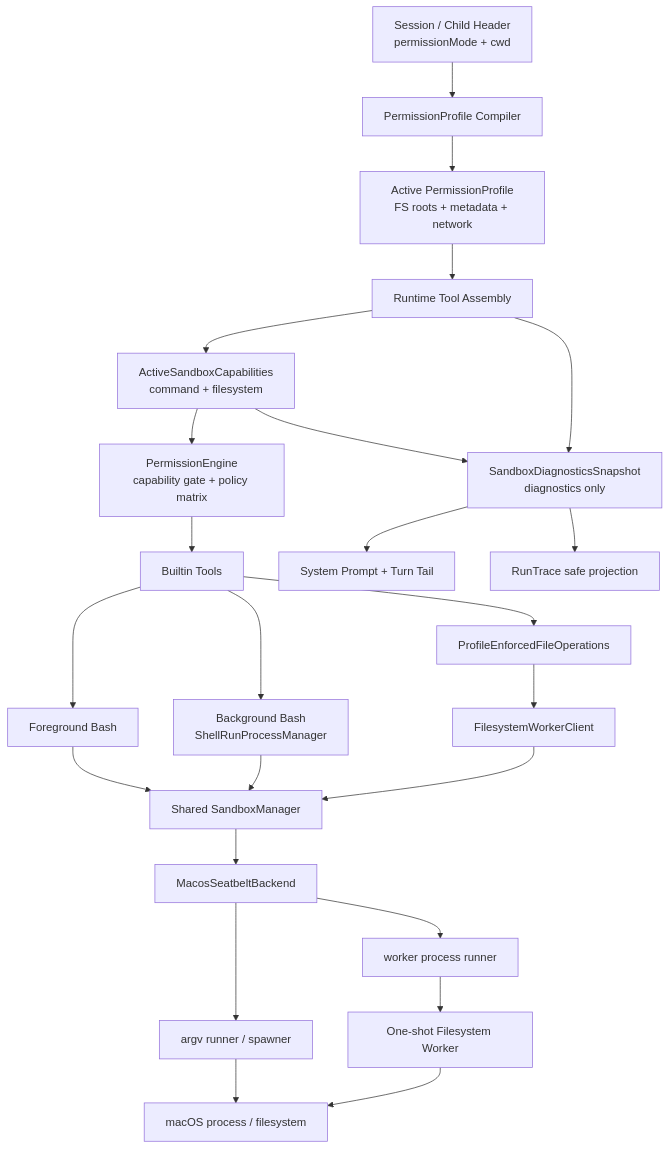
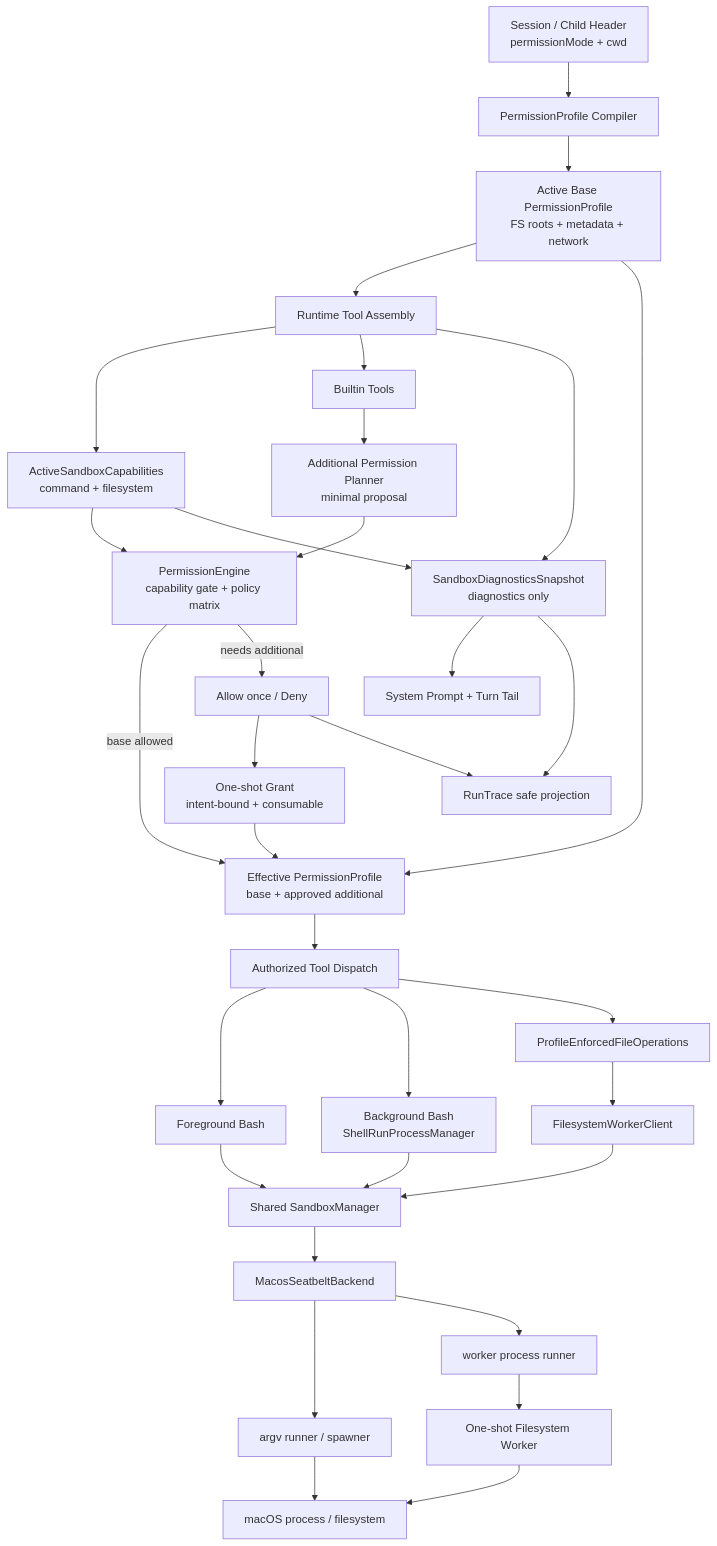
Before and after one commit to maka-agent/maka-agent: the diagram in docs/sandbox/agent-runtime-codex-sandbox-status.md, drawn with Mermaid. The commit also changed other lines of this file and 3 other files, not shown here.

````diff
--- a/docs/sandbox/agent-runtime-codex-sandbox-status.md
+++ b/docs/sandbox/agent-runtime-codex-sandbox-status.md
@@ -212,46 +249,58 @@
 ```mermaid
 graph TD
   Header[Session / Child Header<br/>permissionMode + cwd]
   Compiler[PermissionProfile Compiler]
-  Profile[Active PermissionProfile<br/>FS roots + metadata + network]
+  Profile[Active Base PermissionProfile<br/>FS roots + metadata + network]
   Assembly[Runtime Tool Assembly]
   Capability[ActiveSandboxCapabilities<br/>command + filesystem]
   Diagnostics[SandboxDiagnosticsSnapshot<br/>diagnostics only]
   Policy[PermissionEngine<br/>capability gate + policy matrix]
   Tools[Builtin Tools]
+  Planner[Additional Permission Planner<br/>minimal proposal]
+  Approval[Allow once / Deny]
+  Grant[One-shot Grant<br/>intent-bound + consumable]
+  Effective[Effective PermissionProfile<br/>base + approved additional]
+  Dispatch[Authorized Tool Dispatch]
   Model[System Prompt + Turn Tail]
   Trace[RunTrace safe projection]
 
   Foreground[Foreground Bash]
   Background[Background Bash<br/>ShellRunProcessManager]
   FilePrecheck[ProfileEnforcedFileOperations]
   WorkerClient[FilesystemWorkerClient]
   Worker[One-shot Filesystem Worker]
 
   Manager[Shared SandboxManager]
   Seatbelt[MacosSeatbeltBackend]
   CommandRunner[argv runner / spawner]
   WorkerRunner[worker process runner]
   Host[macOS process / filesystem]
 
   Header --> Compiler --> Profile
   Profile --> Assembly
-  Assembly --> Capability --> Policy --> Tools
+  Assembly --> Capability --> Policy
+  Assembly --> Tools --> Planner --> Policy
+  Policy -->|base allowed| Effective
+  Policy -->|needs additional| Approval --> Grant
+  Profile --> Effective
+  Grant --> Effective
+  Effective --> Dispatch
   Assembly --> Diagnostics
   Capability --> Diagnostics
   Diagnostics --> Model
   Diagnostics --> Trace
+  Approval --> Trace
 
-  Tools --> Foreground
-  Tools --> Background
-  Tools --> FilePrecheck
+  Dispatch --> Foreground
+  Dispatch --> Background
+  Dispatch --> FilePrecheck
 
   Foreground --> Manager
   Background --> Manager
   FilePrecheck --> WorkerClient
   WorkerClient --> Manager
 
   Manager --> Seatbelt
   Seatbelt --> CommandRunner --> Host
   Seatbelt --> WorkerRunner --> Worker --> Host
 ```
````
